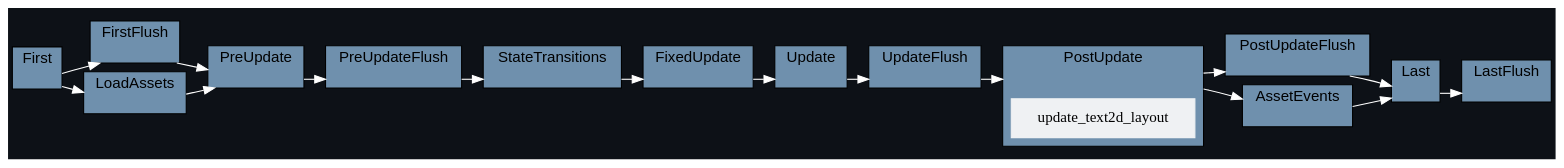
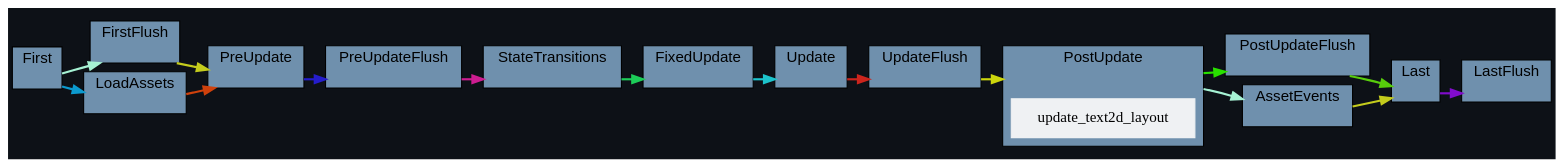
One commit to jakobhellermann/bevy_mod_debugdump changed the diagram in docs/by-crate/dark/schedule_Main_bevy_text.dot. Above: the diagram before and after it, drawn with Graphviz. The commit also changed 99 other files, not shown here.

```diff
--- a/docs/by-crate/dark/schedule_Main_bevy_text.dot
+++ b/docs/by-crate/dark/schedule_Main_bevy_text.dot
@@ -1,109 +1,137 @@
-digraph "schedule" {
+digraph "" {
 	"compound"="true";
 	"splines"="spline";
 	"rankdir"="LR";
 	"bgcolor"="#0d1117";
 	"fontname"="Helvetica";
+	edge ["penwidth"="2"];
 	node ["shape"="box", "style"="filled", "fillcolor"="#eff1f3", "color"="#eff1f3"];
-	edge ["color"="white"];
 	subgraph "clusternode_Set(0)" {
 		"label"="Update";
+		"tooltip"="Update";
 		"bgcolor"="#6f90ad";
+		"color"="black";
 		"set_marker_node_Set(0)" ["style"="invis", "label"="", "height"="0", "shape"="point"]
 	}
 	
 	subgraph "clusternode_Set(2)" {
 		"label"="FirstFlush";
+		"tooltip"="FirstFlush";
 		"bgcolor"="#6f90ad";
+		"color"="black";
 		"set_marker_node_Set(2)" ["style"="invis", "label"="", "height"="0", "shape"="point"]
 	}
 	
 	subgraph "clusternode_Set(3)" {
 		"label"="PreUpdateFlush";
+		"tooltip"="PreUpdateFlush";
 		"bgcolor"="#6f90ad";
+		"color"="black";
 		"set_marker_node_Set(3)" ["style"="invis", "label"="", "height"="0", "shape"="point"]
 	}
 	
 	subgraph "clusternode_Set(4)" {
 		"label"="UpdateFlush";
+		"tooltip"="UpdateFlush";
 		"bgcolor"="#6f90ad";
+		"color"="black";
 		"set_marker_node_Set(4)" ["style"="invis", "label"="", "height"="0", "shape"="point"]
 	}
 	
 	subgraph "clusternode_Set(5)" {
 		"label"="PostUpdateFlush";
+		"tooltip"="PostUpdateFlush";
 		"bgcolor"="#6f90ad";
+		"color"="black";
 		"set_marker_node_Set(5)" ["style"="invis", "label"="", "height"="0", "shape"="point"]
 	}
 	
 	subgraph "clusternode_Set(6)" {
 		"label"="LastFlush";
+		"tooltip"="LastFlush";
 		"bgcolor"="#6f90ad";
+		"color"="black";
 		"set_marker_node_Set(6)" ["style"="invis", "label"="", "height"="0", "shape"="point"]
 	}
 	
 	subgraph "clusternode_Set(7)" {
 		"label"="First";
+		"tooltip"="First";
 		"bgcolor"="#6f90ad";
+		"color"="black";
 		"set_marker_node_Set(7)" ["style"="invis", "label"="", "height"="0", "shape"="point"]
 	}
 	
 	subgraph "clusternode_Set(8)" {
 		"label"="PreUpdate";
+		"tooltip"="PreUpdate";
 		"bgcolor"="#6f90ad";
+		"color"="black";
 		"set_marker_node_Set(8)" ["style"="invis", "label"="", "height"="0", "shape"="point"]
 	}
 	
 	subgraph "clusternode_Set(9)" {
 		"label"="StateTransitions";
+		"tooltip"="StateTransitions";
 		"bgcolor"="#6f90ad";
+		"color"="black";
 		"set_marker_node_Set(9)" ["style"="invis", "label"="", "height"="0", "shape"="point"]
 	}
 	
 	subgraph "clusternode_Set(10)" {
 		"label"="FixedUpdate";
+		"tooltip"="FixedUpdate";
 		"bgcolor"="#6f90ad";
+		"color"="black";
 		"set_marker_node_Set(10)" ["style"="invis", "label"="", "height"="0", "shape"="point"]
 	}
 	
 	subgraph "clusternode_Set(11)" {
 		"label"="PostUpdate";
+		"tooltip"="PostUpdate";
 		"bgcolor"="#6f90ad";
+		"color"="black";
 		"set_marker_node_Set(11)" ["style"="invis", "label"="", "height"="0", "shape"="point"]
-		"node_System(94)" ["label"="update_text2d_layout"]
+		"node_System(94)" ["label"="update_text2d_layout", "tooltip"="bevy_text::text2d::update_text2d_layout"]
 	}
 	
 	subgraph "clusternode_Set(12)" {
 		"label"="Last";
+		"tooltip"="Last";
 		"bgcolor"="#6f90ad";
+		"color"="black";
 		"set_marker_node_Set(12)" ["style"="invis", "label"="", "height"="0", "shape"="point"]
 	}
 	
 	subgraph "clusternode_Set(58)" {
 		"label"="LoadAssets";
+		"tooltip"="LoadAssets";
 		"bgcolor"="#6f90ad";
+		"color"="black";
 		"set_marker_node_Set(58)" ["style"="invis", "label"="", "height"="0", "shape"="point"]
 	}
 	
 	subgraph "clusternode_Set(59)" {
 		"label"="AssetEvents";
+		"tooltip"="AssetEvents";
 		"bgcolor"="#6f90ad";
+		"color"="black";
 		"set_marker_node_Set(59)" ["style"="invis", "label"="", "height"="0", "shape"="point"]
 	}
 	
-	"set_marker_node_Set(7)" -> "set_marker_node_Set(2)" ["lhead"="clusternode_Set(2)", "ltail"="clusternode_Set(7)"]
-	"set_marker_node_Set(2)" -> "set_marker_node_Set(8)" ["lhead"="clusternode_Set(8)", "ltail"="clusternode_Set(2)"]
-	"set_marker_node_Set(8)" -> "set_marker_node_Set(3)" ["lhead"="clusternode_Set(3)", "ltail"="clusternode_Set(8)"]
-	"set_marker_node_Set(3)" -> "set_marker_node_Set(9)" ["lhead"="clusternode_Set(9)", "ltail"="clusternode_Set(3)"]
-	"set_marker_node_Set(9)" -> "set_marker_node_Set(10)" ["lhead"="clusternode_Set(10)", "ltail"="clusternode_Set(9)"]
-	"set_marker_node_Set(10)" -> "set_marker_node_Set(0)" ["lhead"="clusternode_Set(0)", "ltail"="clusternode_Set(10)"]
-	"set_marker_node_Set(0)" -> "set_marker_node_Set(4)" ["lhead"="clusternode_Set(4)", "ltail"="clusternode_Set(0)"]
-	"set_marker_node_Set(4)" -> "set_marker_node_Set(11)" ["lhead"="clusternode_Set(11)", "ltail"="clusternode_Set(4)"]
-	"set_marker_node_Set(11)" -> "set_marker_node_Set(5)" ["lhead"="clusternode_Set(5)", "ltail"="clusternode_Set(11)"]
-	"set_marker_node_Set(5)" -> "set_marker_node_Set(12)" ["lhead"="clusternode_Set(12)", "ltail"="clusternode_Set(5)"]
-	"set_marker_node_Set(12)" -> "set_marker_node_Set(6)" ["lhead"="clusternode_Set(6)", "ltail"="clusternode_Set(12)"]
-	"set_marker_node_Set(58)" -> "set_marker_node_Set(8)" ["lhead"="clusternode_Set(8)", "ltail"="clusternode_Set(58)"]
-	"set_marker_node_Set(7)" -> "set_marker_node_Set(58)" ["lhead"="clusternode_Set(58)", "ltail"="clusternode_Set(7)"]
-	"set_marker_node_Set(11)" -> "set_marker_node_Set(59)" ["lhead"="clusternode_Set(59)", "ltail"="clusternode_Set(11)"]
-	"set_marker_node_Set(59)" -> "set_marker_node_Set(12)" ["lhead"="clusternode_Set(12)", "ltail"="clusternode_Set(59)"]
+	"set_marker_node_Set(7)" -> "set_marker_node_Set(2)" ["lhead"="clusternode_Set(2)", "ltail"="clusternode_Set(7)", "tooltip"="First → FirstFlush", "color"="#a6f2d4"]
+	"set_marker_node_Set(2)" -> "set_marker_node_Set(8)" ["lhead"="clusternode_Set(8)", "ltail"="clusternode_Set(2)", "tooltip"="FirstFlush → PreUpdate", "color"="#c4cc1d"]
+	"set_marker_node_Set(8)" -> "set_marker_node_Set(3)" ["lhead"="clusternode_Set(3)", "ltail"="clusternode_Set(8)", "tooltip"="PreUpdate → PreUpdateFlush", "color"="#251dcc"]
+	"set_marker_node_Set(3)" -> "set_marker_node_Set(9)" ["lhead"="clusternode_Set(9)", "ltail"="clusternode_Set(3)", "tooltip"="PreUpdateFlush → StateTransitions", "color"="#cd1d91"]
+	"set_marker_node_Set(9)" -> "set_marker_node_Set(10)" ["lhead"="clusternode_Set(10)", "ltail"="clusternode_Set(9)", "tooltip"="StateTransitions → FixedUpdate", "color"="#1dcd59"]
+	"set_marker_node_Set(10)" -> "set_marker_node_Set(0)" ["lhead"="clusternode_Set(0)", "ltail"="clusternode_Set(10)", "tooltip"="FixedUpdate → Update", "color"="#1dc4cc"]
+	"set_marker_node_Set(0)" -> "set_marker_node_Set(4)" ["lhead"="clusternode_Set(4)", "ltail"="clusternode_Set(0)", "tooltip"="Update → UpdateFlush", "color"="#cc251d"]
+	"set_marker_node_Set(4)" -> "set_marker_node_Set(11)" ["lhead"="clusternode_Set(11)", "ltail"="clusternode_Set(4)", "tooltip"="UpdateFlush → PostUpdate", "color"="#ccd60d"]
+	"set_marker_node_Set(11)" -> "set_marker_node_Set(5)" ["lhead"="clusternode_Set(5)", "ltail"="clusternode_Set(11)", "tooltip"="PostUpdate → PostUpdateFlush", "color"="#29e000"]
+	"set_marker_node_Set(5)" -> "set_marker_node_Set(12)" ["lhead"="clusternode_Set(12)", "ltail"="clusternode_Set(5)", "tooltip"="PostUpdateFlush → Last", "color"="#58cd0c"]
+	"set_marker_node_Set(12)" -> "set_marker_node_Set(6)" ["lhead"="clusternode_Set(6)", "ltail"="clusternode_Set(12)", "tooltip"="Last → LastFlush", "color"="#810ccd"]
+	"set_marker_node_Set(58)" -> "set_marker_node_Set(8)" ["lhead"="clusternode_Set(8)", "ltail"="clusternode_Set(58)", "tooltip"="LoadAssets → PreUpdate", "color"="#cf410c"]
+	"set_marker_node_Set(7)" -> "set_marker_node_Set(58)" ["lhead"="clusternode_Set(58)", "ltail"="clusternode_Set(7)", "tooltip"="First → LoadAssets", "color"="#0c9acf"]
+	"set_marker_node_Set(11)" -> "set_marker_node_Set(59)" ["lhead"="clusternode_Set(59)", "ltail"="clusternode_Set(11)", "tooltip"="PostUpdate → AssetEvents", "color"="#a6f2d4"]
+	"set_marker_node_Set(59)" -> "set_marker_node_Set(12)" ["lhead"="clusternode_Set(12)", "ltail"="clusternode_Set(59)", "tooltip"="AssetEvents → Last", "color"="#c4cc1d"]
 }
```
